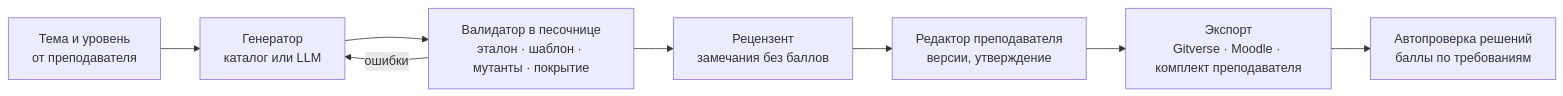
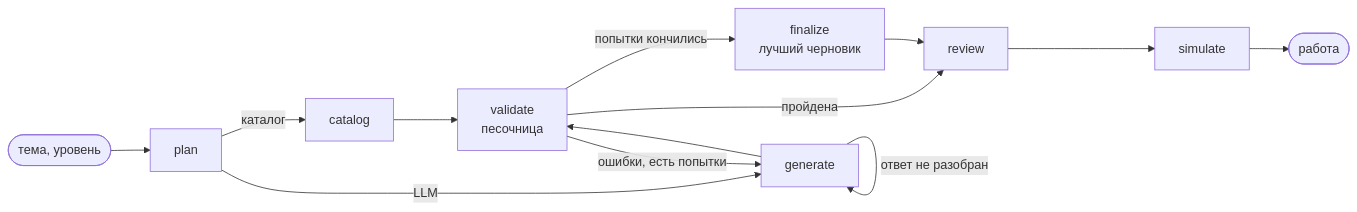
Before and after one commit to denisnaenko/AI-Lab-Trainer: the diagram in README.md, drawn with Mermaid. The commit also changed other lines of this file and 66 other files, not shown here.

````diff
--- a/README.md
+++ b/README.md
@@ -58,10 +41,13 @@
 ```mermaid
 flowchart LR
-    T[Тема и уровень<br>от преподавателя] --> G[Генератор<br>каталог или LLM]
-    G --> V[Валидатор в песочнице<br>эталон · шаблон · мутанты · покрытие]
-    V -- ошибки --> G
-    V --> R[Рецензент<br>замечания без баллов]
-    R --> E[Редактор преподавателя<br>версии, утверждение]
-    E --> X[Экспорт<br>Gitverse · Moodle · комплект преподавателя]
-    X --> A[Автопроверка решений<br>баллы по требованиям]
+    S([тема, уровень]) --> P[plan]
+    P -- каталог --> C[catalog]
+    P -- LLM --> G[generate]
+    G -- ответ не разобран --> G
+    G --> V[validate<br>песочница]
+    C --> V
+    V -- ошибки, есть попытки --> G
+    V -- попытки кончились --> F[finalize<br>лучший черновик]
+    V -- пройдена --> R[review]
+    F --> R --> SIM[simulate] --> E([работа])
 ```
````
